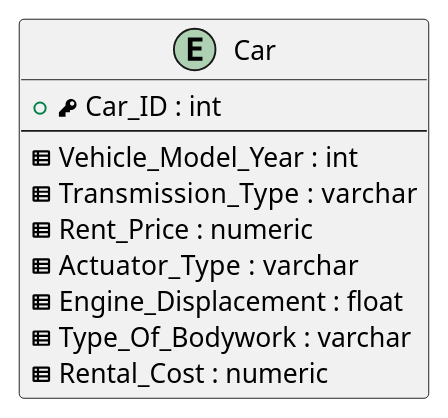
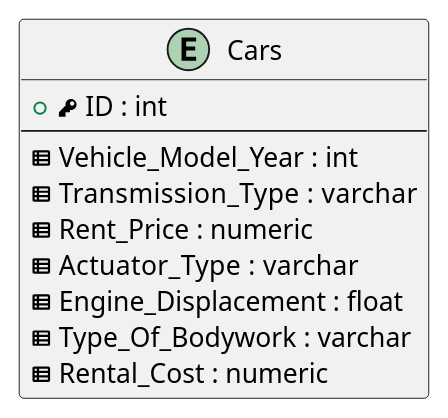
One commit to DmitryVasilkovW/ITMO-Database-design-labs-4-sem changed the diagram in Labs/Lab1/Tables/Entities/Car.puml. Above: the diagram before and after it, drawn with PlantUML. The commit also changed 13 other files, not shown here.

```diff
--- a/Labs/Lab1/Tables/Entities/Car.puml
+++ b/Labs/Lab1/Tables/Entities/Car.puml
@@ -1,14 +1,14 @@
 @startuml
-entity "Car" as car
+entity "Cars" as car
 {
-  +<&key> Car_ID : int
+  +<&key> ID : int
   --
   <&spreadsheet> Vehicle_Model_Year : int
   <&spreadsheet> Transmission_Type  : varchar
   <&spreadsheet> Rent_Price : numeric
   <&spreadsheet> Actuator_Type  : varchar
   <&spreadsheet> Engine_Displacement : float
   <&spreadsheet> Type_Of_Bodywork : varchar
   <&spreadsheet> Rental_Cost : numeric
 }
 @enduml
```
